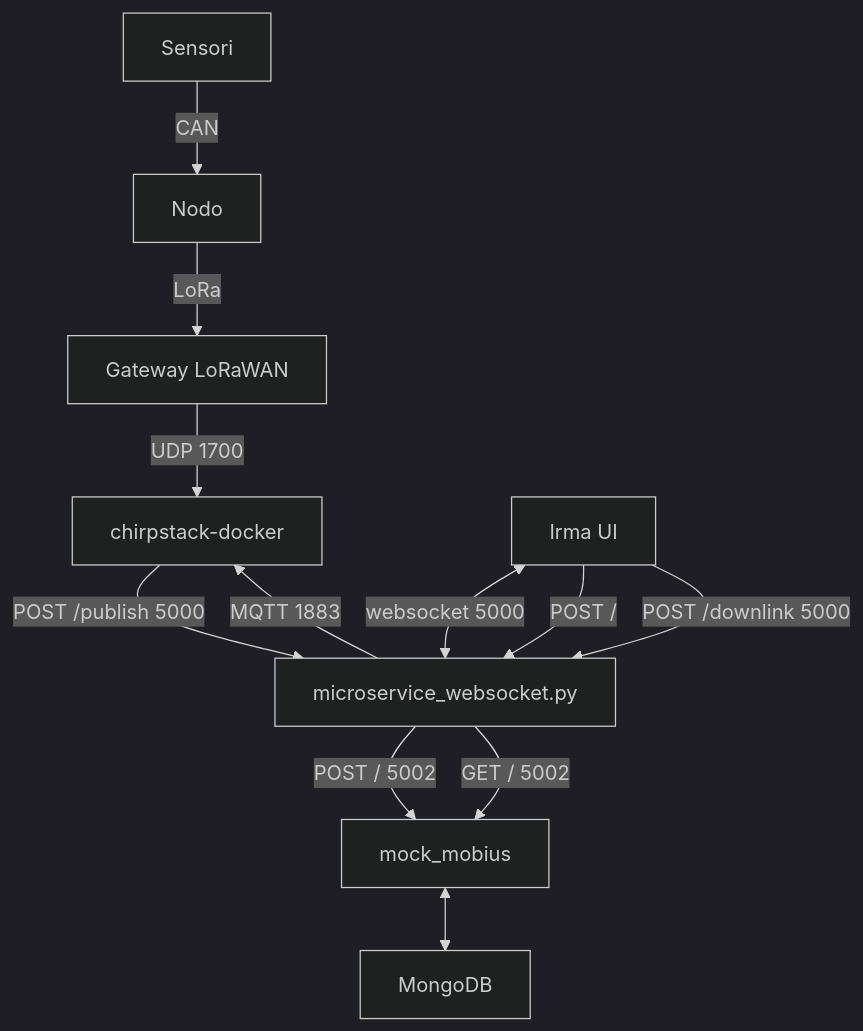
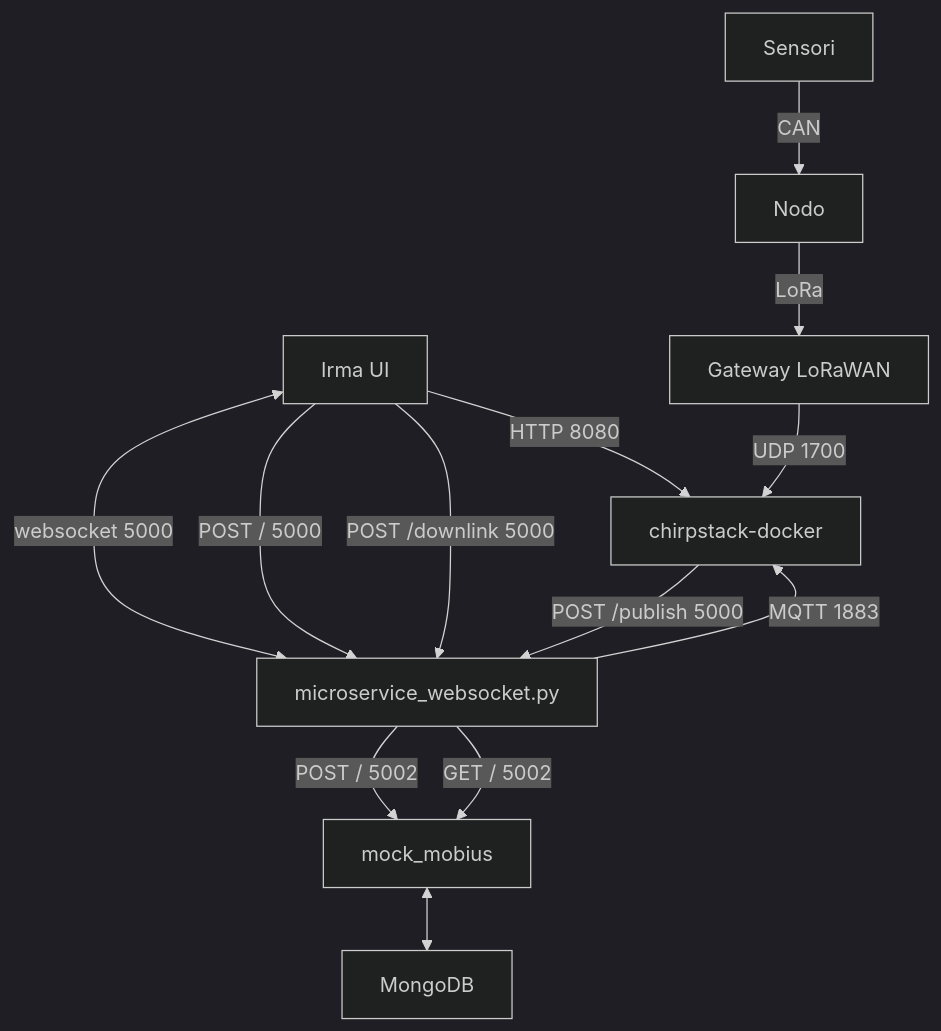
The first of 4 diagrams in README.md (monemasrl/irma), drawn with Mermaid (dark theme) before and after one commit. The commit also changed other lines of this file, not shown here.

````diff
--- a/README.md
+++ b/README.md
@@ -8,25 +8,26 @@
 ```mermaid
 graph TD;
 
 chirpstack[chirpstack-docker]
 msw[microservice_websocket.py]
 mm[mock_mobius]
 db[MongoDB]
 irma-ui[Irma UI]
 
 gateway[Gateway LoRaWAN]
 nodo[Nodo]
 sensori[Sensori]
 
 chirpstack -- POST /publish 5000 --> msw
 msw -- POST / 5002 --> mm
 msw -- GET / 5002 --> mm
 mm <--> db
 irma-ui <-- websocket 5000 --> msw
-irma-ui -- POST / --> msw
+irma-ui -- POST / 5000 --> msw
 irma-ui -- POST /downlink 5000 --> msw
+irma-ui -- HTTP 8080 --> chirpstack
 msw -- MQTT 1883 --> chirpstack
 gateway -- UDP 1700 --> chirpstack
 nodo -- LoRa --> gateway
 sensori -- CAN --> nodo
 ```
````
